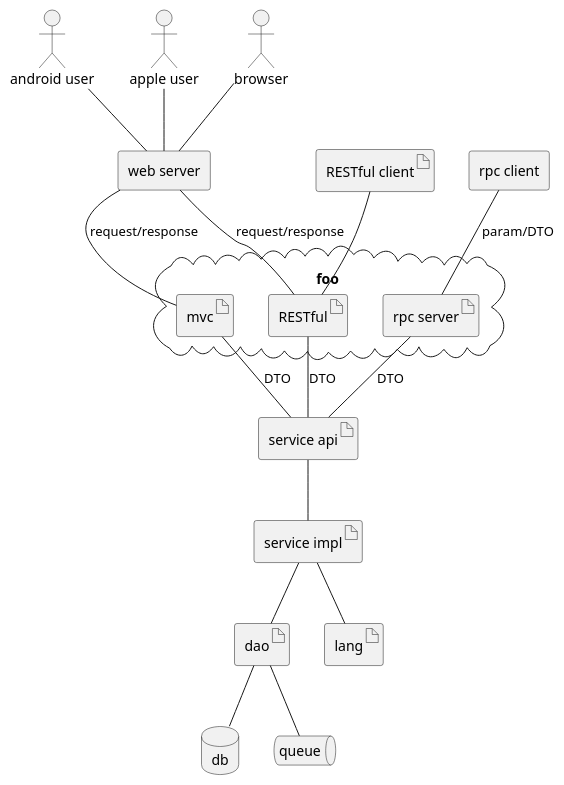
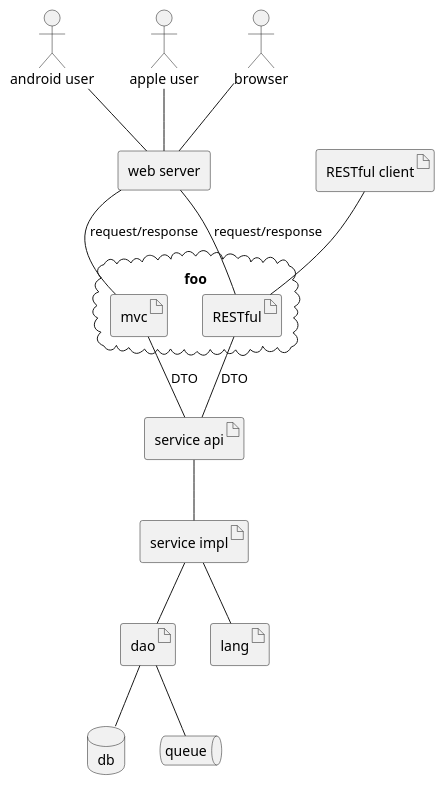
The diagram in architecture.puml (wuda0112/project-structure-archetype), drawn with PlantUML before and after one commit. The commit also changed 15 other files, not shown here.

```diff
--- a/architecture.puml
+++ b/architecture.puml
@@ -1,50 +1,43 @@
 @startuml
 actor android [
     android user
 ]
 actor apple [
     apple user
 ]
 actor browser
 agent server [
     web server
 ]
-agent rpc_client [
-    rpc client
-]
+
 database db
 queue queue
 cloud foo  {
-    artifact rpc_server [
-        rpc server
-    ]
     artifact RESTful
     artifact mvc
 }
 artifact RESTful_client [
     RESTful client
 ]
 artifact service_api [
      service api
 ]
 artifact service_impl [
     service impl
 ]
 artifact dao
 artifact lang
 android -- server
 apple -- server
 browser -- server
 server -- mvc : request/response
-rpc_client -- rpc_server : param/DTO
 server -- RESTful : request/response
 RESTful_client -- RESTful
-rpc_server -- service_api : DTO
 RESTful -- service_api : DTO
 mvc -- service_api : DTO
 service_api -- service_impl
 service_impl -- lang
 service_impl -- dao
 dao -- db
 dao -- queue
 @enduml
```
